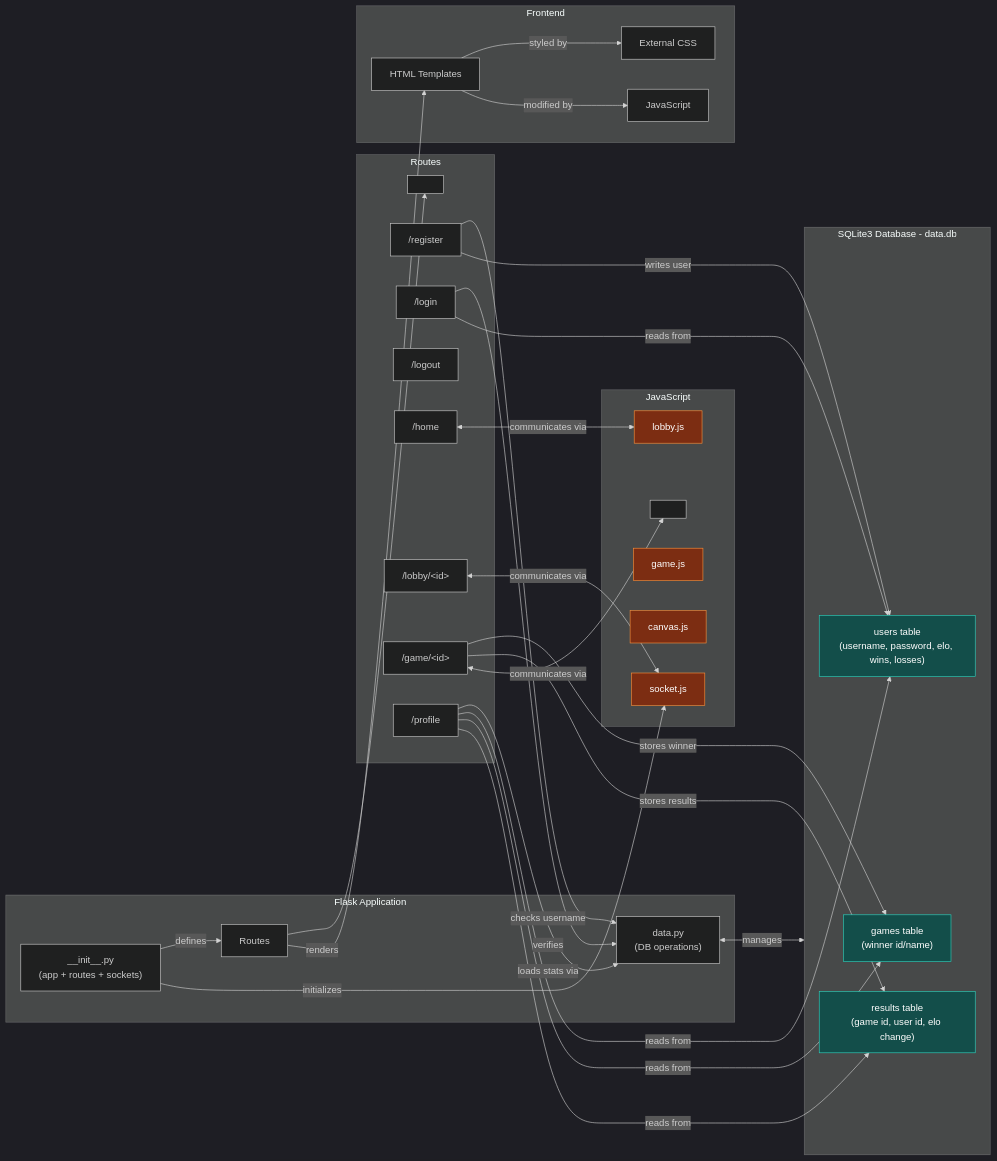
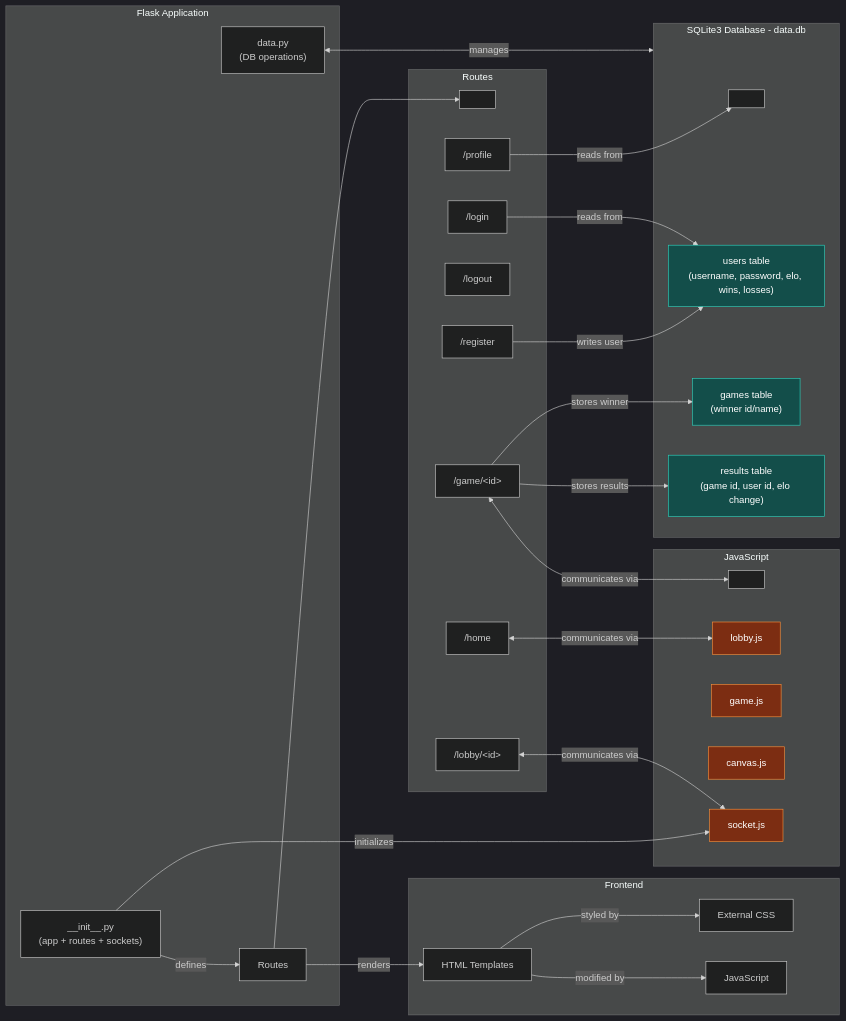
Before and after one commit to SadgeCat/CopyrightedArtist: the first of 2 diagrams in design.md, drawn with Mermaid.

Commit message:
clean up diamgra

````diff
--- a/design.md
+++ b/design.md
@@ -90,67 +90,65 @@
 ```mermaid
 ---
 config:
   theme: dark
 ---
 flowchart LR
  subgraph FlaskApp["Flask Application"]
         Init["__init__.py<br>(app + routes + sockets)"]
         Routes["Routes"]
         DataPy["data.py<br>(DB operations)"]
   end
  subgraph RoutesDetail["Routes"]
         RouteAnchor[" "]
         Register["/register"]
         Login["/login"]
         Logout["/logout"]
         Home["/home"]
         Lobby["/lobby/&lt;id&gt;"]
         Game["/game/&lt;id&gt;"]
         Profile["/profile"]
   end
  subgraph Database["SQLite3 Database - data.db"]
+        DBAnchor[" "]
         UsersTable["users table<br>(username, password, elo, wins, losses)"]
         GamesTable["games table<br>(winner id/name)"]
         ResultsTable["results table<br>(game id, user id, elo change)"]
   end
  subgraph Frontend["Frontend"]
         HTML["HTML Templates"]
         CSS["External CSS"]
         JS["JavaScript"]
   end
  subgraph JSModules["JavaScript"]
         JSAnchor[" "]
         LobbyJS["lobby.js"]
         GameJS["game.js"]
         CanvasJS["canvas.js"]
         SocketJS["socket.js"]
   end
     Init -- defines --> Routes
     Init -- initializes --> SocketJS
     Routes --> RouteAnchor
-    Register -- checks username --> DataPy
     Register -- writes user --> UsersTable
-    Login -- verifies --> DataPy
     Login -- reads from --> UsersTable
-    Profile -- loads stats via --> DataPy
-    Profile -- reads from --> UsersTable & GamesTable & ResultsTable
+    Profile -- reads from --> DBAnchor
     DataPy <-- manages --> Database
     Game -- stores winner --> GamesTable
     Game -- stores results --> ResultsTable
     Routes -- renders --> HTML
     HTML -- styled by --> CSS
     HTML -- modified by --> JS
     Home <-- communicates via --> LobbyJS
     Lobby <-- communicates via --> SocketJS
     Game <-- communicates via --> JSAnchor
 
      UsersTable:::dbNode
      GamesTable:::dbNode
      ResultsTable:::dbNode
      LobbyJS:::jsNode
      GameJS:::jsNode
      CanvasJS:::jsNode
      SocketJS:::jsNode
     classDef dbNode fill:#134e4a,stroke:#2dd4bf,color:#ffffff
     classDef jsNode fill:#7c2d12,stroke:#fb923c,color:#ffffff
 ```
````
